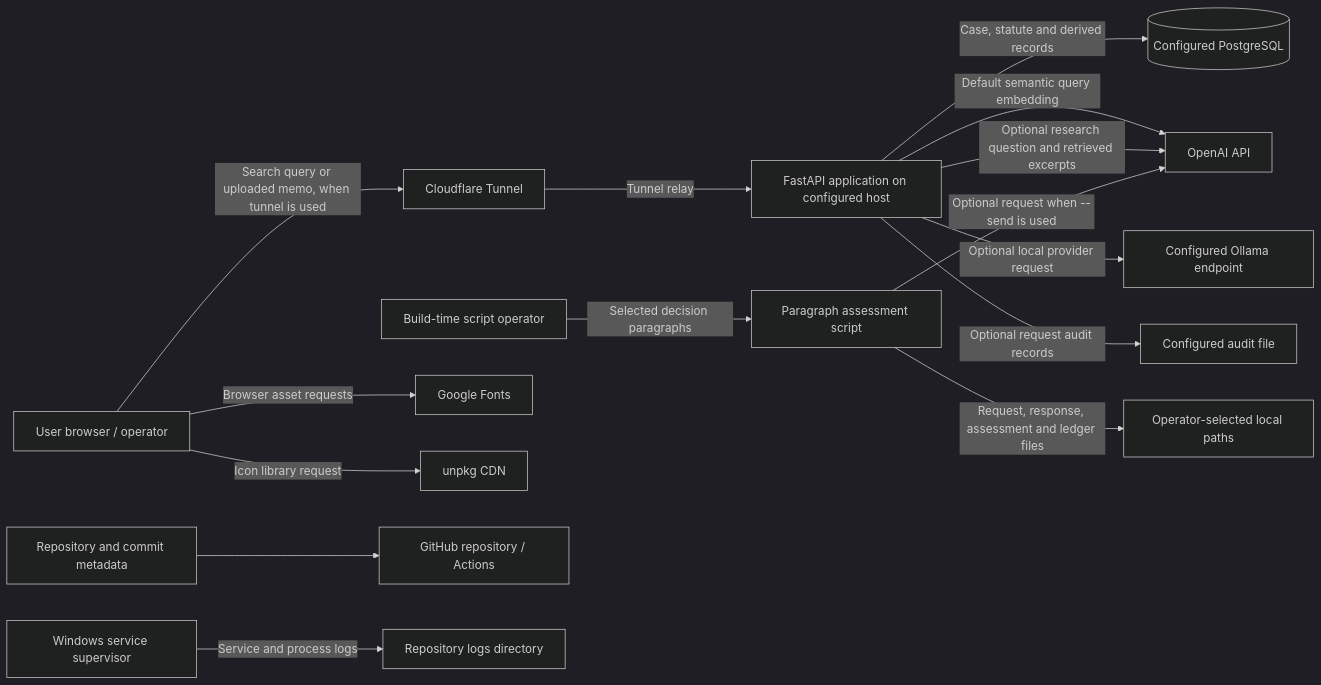
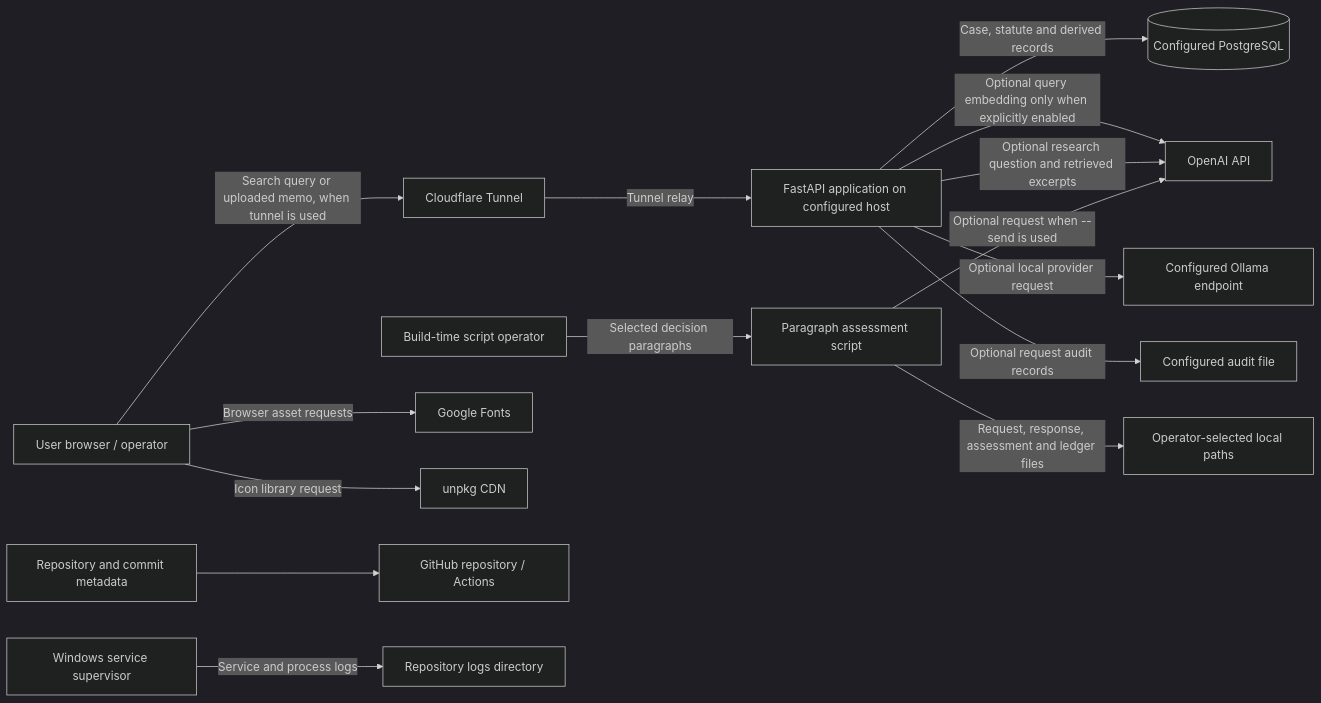
One commit to greystone-dan/LitIntelproject changed the diagram in docs/government-readiness/data-flow.md. Above: the diagram before and after it, drawn with Mermaid (dark theme). The commit also changed other lines of this file and 16 other files, not shown here.

Commit message:
Set safe default for query embeddings

````diff
--- a/docs/government-readiness/data-flow.md
+++ b/docs/government-readiness/data-flow.md
@@ -7,17 +7,17 @@
 ```mermaid
 flowchart LR
     User[User browser / operator] -->|Search query or uploaded memo, when tunnel is used| Cloudflare[Cloudflare Tunnel]
     Cloudflare -->|Tunnel relay| App[FastAPI application on configured host]
     App -->|Case, statute and derived records| DB[(Configured PostgreSQL)]
-    App -->|Default semantic query embedding| OpenAI[OpenAI API]
+    App -->|Optional query embedding only when explicitly enabled| OpenAI[OpenAI API]
     App -->|Optional research question and retrieved excerpts| OpenAI
     App -->|Optional local provider request| Ollama[Configured Ollama endpoint]
     Operator[Build-time script operator] -->|Selected decision paragraphs| Script[Paragraph assessment script]
     Script -->|Optional request when --send is used| OpenAI
     Script -->|Request, response, assessment and ledger files| Files[Operator-selected local paths]
     User -->|Browser asset requests| Fonts[Google Fonts]
     User -->|Icon library request| Unpkg[unpkg CDN]
     Repo[Repository and commit metadata] --> GitHub[GitHub repository / Actions]
     App -->|Optional request audit records| Audit[Configured audit file]
     Supervisor[Windows service supervisor] -->|Service and process logs| HostLogs[Repository logs directory]
 ```
````
